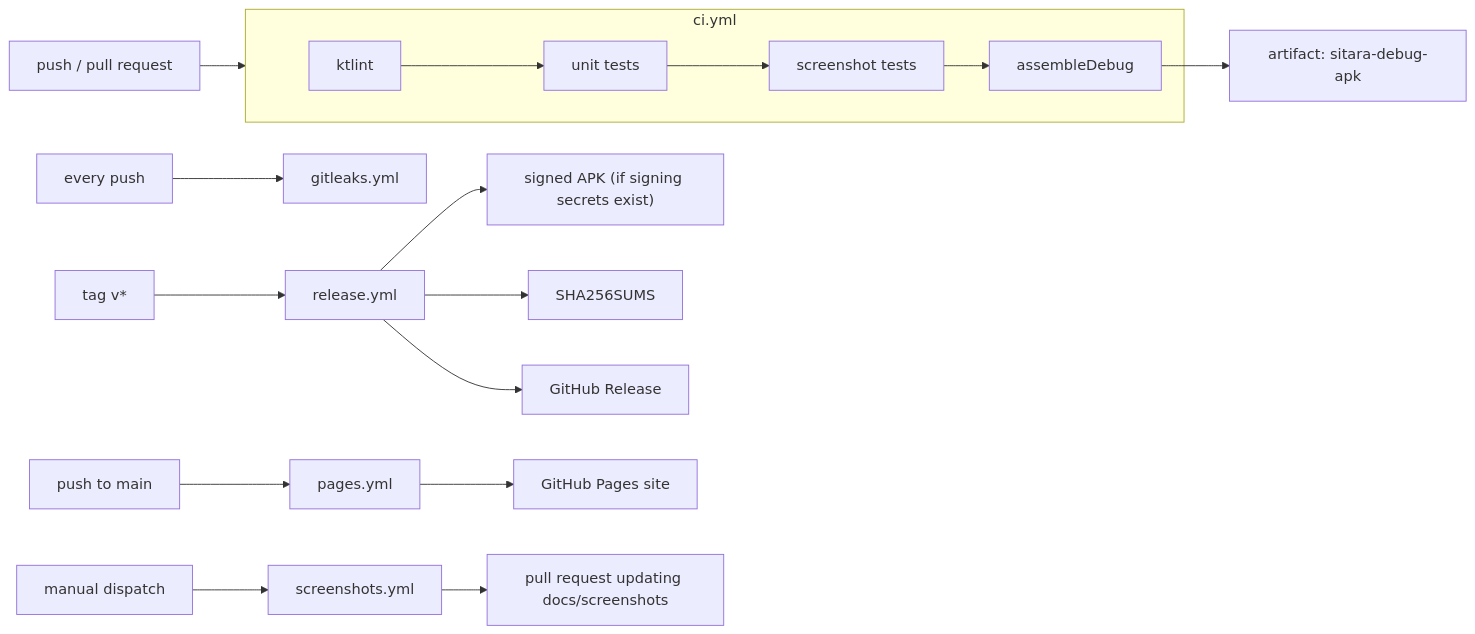
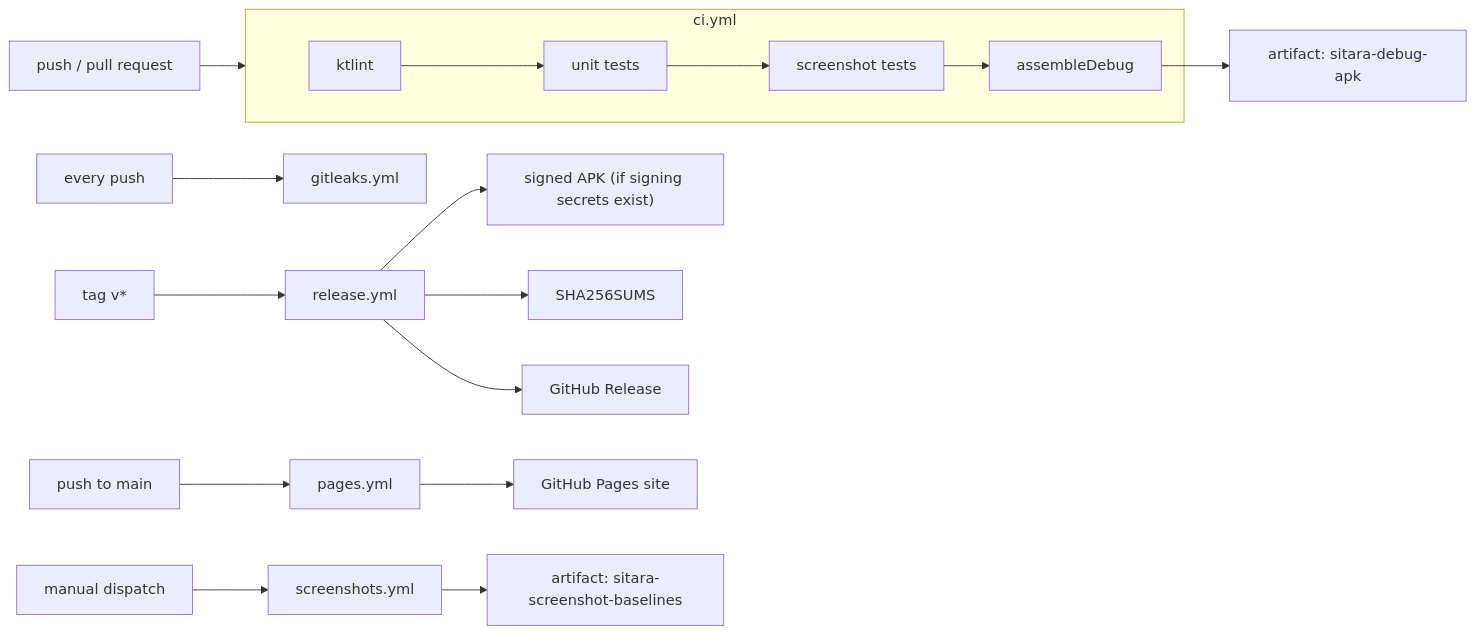
One commit to muhib-karim/sitara changed the fifth of 5 diagrams in docs/ARCHITECTURE.md. Above: the diagram before and after it, drawn with Mermaid. The commit also changed other lines of this file, not shown here.

First line of the commit message:
docs: architecture reflects the service-owned playback engine

````diff
--- a/docs/ARCHITECTURE.md
+++ b/docs/ARCHITECTURE.md
@@ -173,15 +187,15 @@
 ```mermaid
 flowchart LR
     push["push / pull request"] --> ci
     subgraph ci["ci.yml"]
         k["ktlint"] --> u["unit tests"] --> s["screenshot tests"] --> b["assembleDebug"]
     end
     b --> art["artifact: sitara-debug-apk"]
     tag["tag v*"] --> rel["release.yml"]
     rel --> apk["signed APK (if signing secrets exist)"]
     rel --> sums["SHA256SUMS"]
     rel --> gh["GitHub Release"]
     main["push to main"] --> pages["pages.yml"] --> site["GitHub Pages site"]
     any["every push"] --> gl["gitleaks.yml"]
-    manual["manual dispatch"] --> shots["screenshots.yml"] --> pr["pull request updating docs/screenshots"]
+    manual["manual dispatch"] --> shots["screenshots.yml"] --> base["artifact: sitara-screenshot-baselines"]
 ```
````
